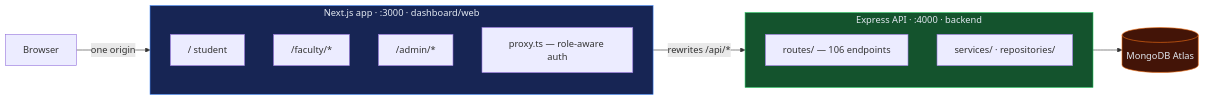
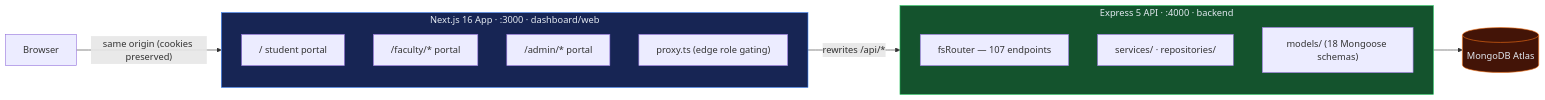
Before and after one commit to sourabh14022004/Place_Prep_Sourabh: the diagram in README.md, drawn with Mermaid. The commit also changed other lines of this file and 8 other files, not shown here.

````diff
--- a/README.md
+++ b/README.md
@@ -22,26 +13,27 @@
 ```mermaid
 flowchart LR
-    B["Browser"] -->|"one origin"| W
+    B["Browser"] -->|"same origin (cookies preserved)"| W
 
-    subgraph W["Next.js app · :3000 · dashboard/web"]
+    subgraph W["Next.js 16 App · :3000 · dashboard/web"]
         direction TB
-        R1["/ student"]
-        R2["/faculty/*"]
-        R3["/admin/*"]
-        MW["proxy.ts — role-aware auth"]
+        R1["/ student portal"]
+        R2["/faculty/* portal"]
+        R3["/admin/* portal"]
+        MW["proxy.ts (edge role gating)"]
     end
 
     W -->|"rewrites /api/*"| A
 
-    subgraph A["Express API · :4000 · backend"]
+    subgraph A["Express 5 API · :4000 · backend"]
         direction TB
-        RT["routes/ — 106 endpoints"]
+        RT["fsRouter — 107 endpoints"]
         SV["services/ · repositories/"]
+        MD["models/ (18 Mongoose schemas)"]
     end
 
     A --> DB[("MongoDB Atlas")]
 
     style W fill:#172554,stroke:#3b82f6,color:#e2e8f0
     style A fill:#14532d,stroke:#22c55e,color:#e2e8f0
     style DB fill:#431407,stroke:#f97316,color:#e2e8f0
 ```
````
